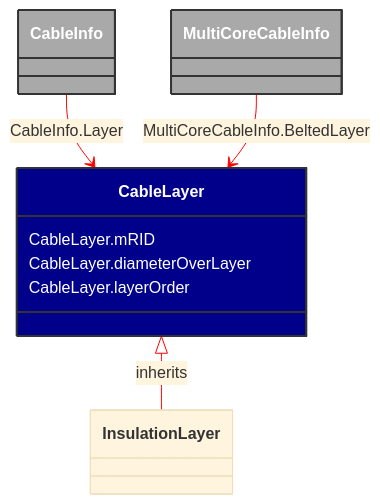
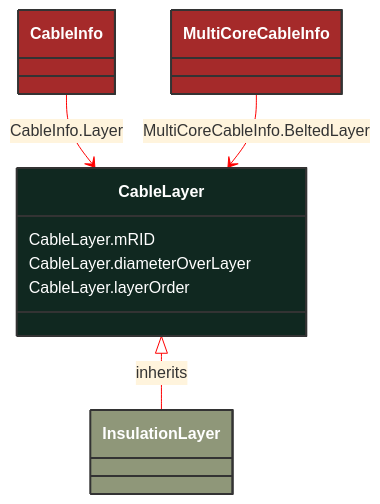
The diagram in docs/Models/Profiles/SubseaCableInfo/AbstractClasses/CableLayer.md (3lbits/NoCIMExtensions), drawn with Mermaid before and after one commit. The commit also changed 190 other files, not shown here.

````diff
--- a/docs/Models/Profiles/SubseaCableInfo/AbstractClasses/CableLayer.md
+++ b/docs/Models/Profiles/SubseaCableInfo/AbstractClasses/CableLayer.md
@@ -10,33 +10,31 @@
 ```mermaid
 %%{init: {'theme':'base','themeVariables': {'lineColor': '#FF0000'}}}%%
 classDiagram
     class CableLayer
     click CableLayer href "/Models/Profiles/SubseaCableInfo/AbstractClasses/CableLayer/"
-    style CableLayer fill:#006400,stroke:#333,stroke-width:2px,rx:10,ry:10,color:white
+    style CableLayer fill:#102820,stroke:#333,stroke-width:2px,rx:10,ry:10,color:white
 
         CableLayer <|-- InsulationLayer : inherits
-            click CableLayer href "/Models/Profiles/SubseaCableInfo/AbstractClasses/CableLayer/"
-            style CableLayer fill:#00008B,stroke:#333,stroke-width:2px,rx:10,ry:10,color:white
 
         InsulationLayer
             click InsulationLayer href "/Models/Profiles/SubseaCableInfo/ConcreteClasses/InsulationLayer/"
-            style CableLayer fill:#00008B,stroke:#333,stroke-width:2px,rx:10,ry:10,color:white
+            style InsulationLayer fill:#8F9779,stroke:#333,stroke-width:2px,rx:10,ry:10,color:white
 
 
         CableInfo --> CableLayer : CableInfo.Layer
 
         CableInfo
             click CableInfo href "/Models/Profiles/SubseaCableInfo/ConcreteClasses/CableInfo/"
-            style CableInfo fill:#A9A9A9,stroke:#333,stroke-width:2px,rx:10,ry:10,color:white
+            style CableInfo fill:#A52A2A,stroke:#333,stroke-width:2px,rx:10,ry:10,color:white
 
         MultiCoreCableInfo --> CableLayer : MultiCoreCableInfo.BeltedLayer
 
         MultiCoreCableInfo
             click MultiCoreCableInfo href "/Models/Profiles/SubseaCableInfo/ConcreteClasses/MultiCoreCableInfo/"
-            style MultiCoreCableInfo fill:#A9A9A9,stroke:#333,stroke-width:2px,rx:10,ry:10,color:white
+            style MultiCoreCableInfo fill:#A52A2A,stroke:#333,stroke-width:2px,rx:10,ry:10,color:white
 
 
         CableLayer : CableLayer.mRID
         CableLayer : CableLayer.diameterOverLayer
         CableLayer : CableLayer.layerOrder
 ```
````
